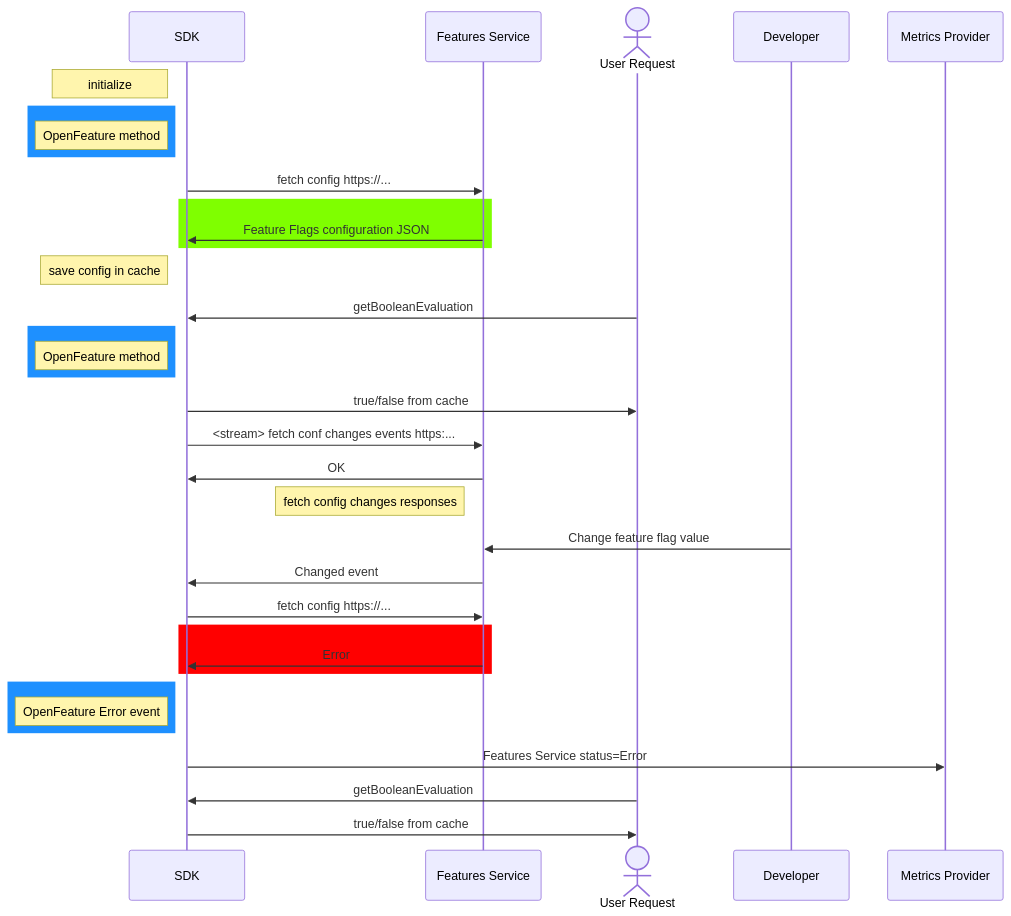
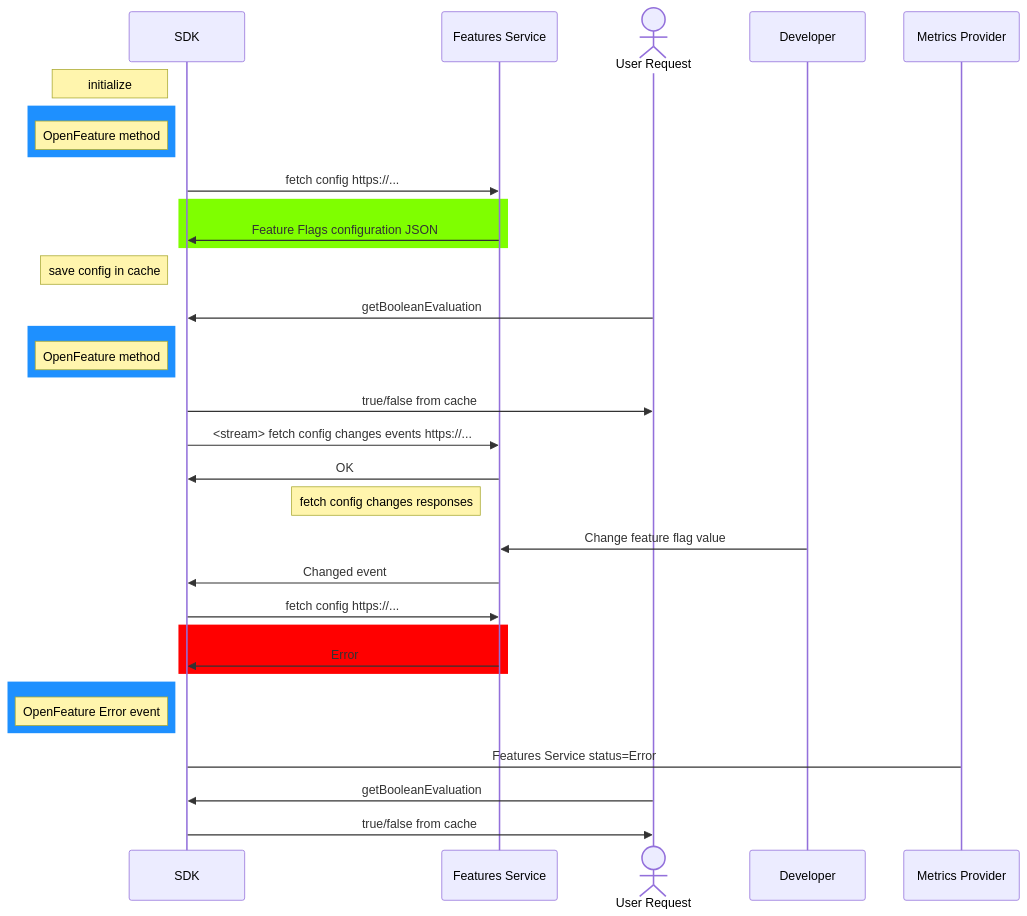
One commit to open-feature/openfeature.dev changed the diagram in blog/2023-06-27-openfeature-adoption-story.md. Above: the diagram before and after it, drawn with Mermaid. The commit also changed other lines of this file, not shown here.

````diff
--- a/blog/2023-06-27-openfeature-adoption-story.md
+++ b/blog/2023-06-27-openfeature-adoption-story.md
@@ -67,37 +67,37 @@
 ```mermaid
 sequenceDiagram
   participant SDK
   participant features as Features Service
   actor request as User Request
   participant developer as Developer
   participant metrics as Metrics Provider
   note left of SDK: initialize
   rect rgb(30,144,255)
   note left of SDK: OpenFeature method
   end
   SDK->>features: fetch config https://...
   rect rgb(127,255,0)
   features->>SDK: Feature Flags configuration JSON
   end
   note left of SDK: save config in cache
   request->>SDK: getBooleanEvaluation
   rect rgb(30,144,255)
   note left of SDK: OpenFeature method
   end
   SDK->>request: true/false from cache
-  SDK->>features: <stream> fetch conf changes events https:...
+  SDK->>features: <stream> fetch config changes events https://...
   features->>SDK: OK
   note left of features: fetch config changes responses
   developer->>features: Change feature flag value
   features->>SDK: Changed event
   SDK->>features: fetch config https://...
   rect rgb(255,0,0)
   features->>SDK: Error
   end
   rect rgb(30,144,255)
   note left of SDK: OpenFeature Error event
   end
-  SDK->>metrics: Features Service status=Error
+  SDK->metrics: Features Service status=Error
   request->>SDK: getBooleanEvaluation
   SDK->>request: true/false from cache
 ```
````
